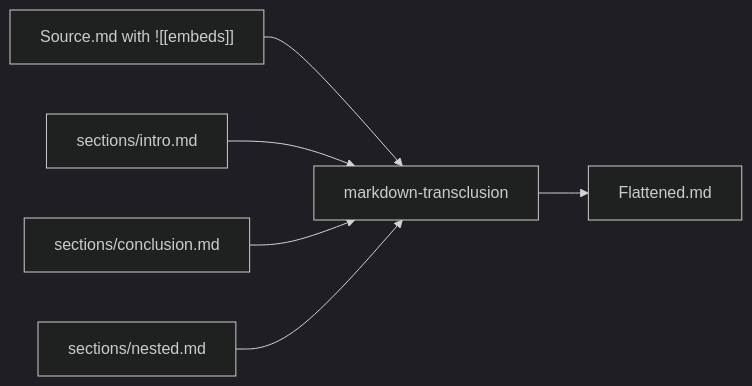
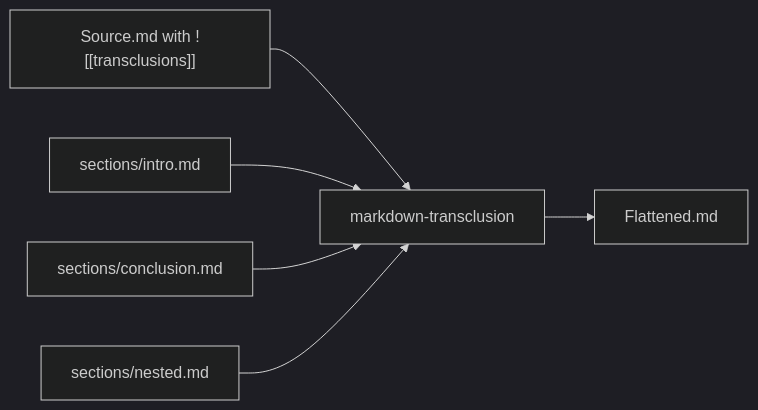
The first of 6 diagrams in docs/tech-plan.md (flyingrobots/markdown-transclusion), drawn with Mermaid (dark theme) before and after one commit. The commit also changed other lines of this file and 5 other files, not shown here.

````diff
--- a/docs/tech-plan.md
+++ b/docs/tech-plan.md
@@ -33,9 +33,9 @@
 ```mermaid
 graph LR
-    A["Source.md with ![[embeds]]"] --> B["markdown-transclusion"] 
+    A["Source.md with ![[transclusions]]"] --> B["markdown-transclusion"] 
     B --> C["Flattened.md"]
     
     D["sections/intro.md"] --> B
     E["sections/conclusion.md"] --> B
     F["sections/nested.md"] --> B
 ```
````
